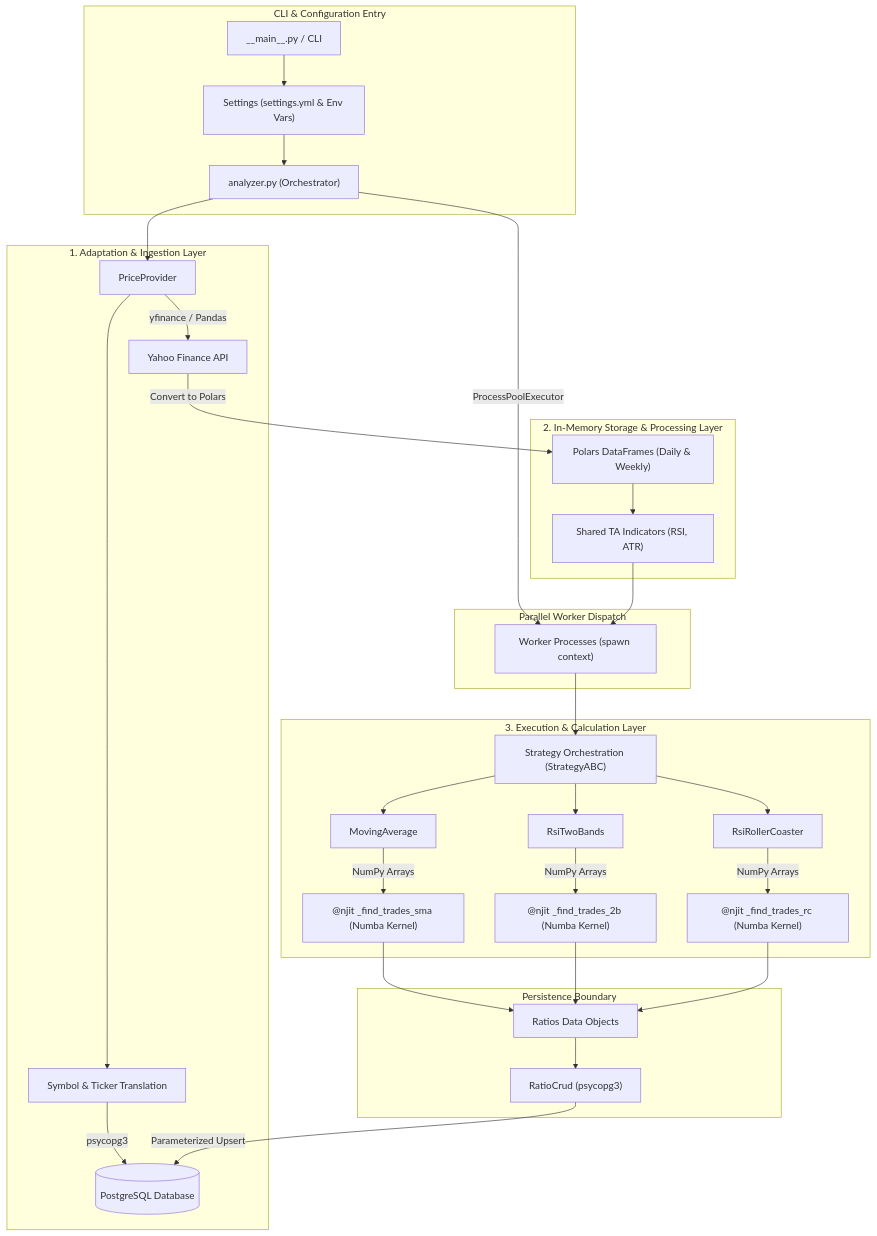
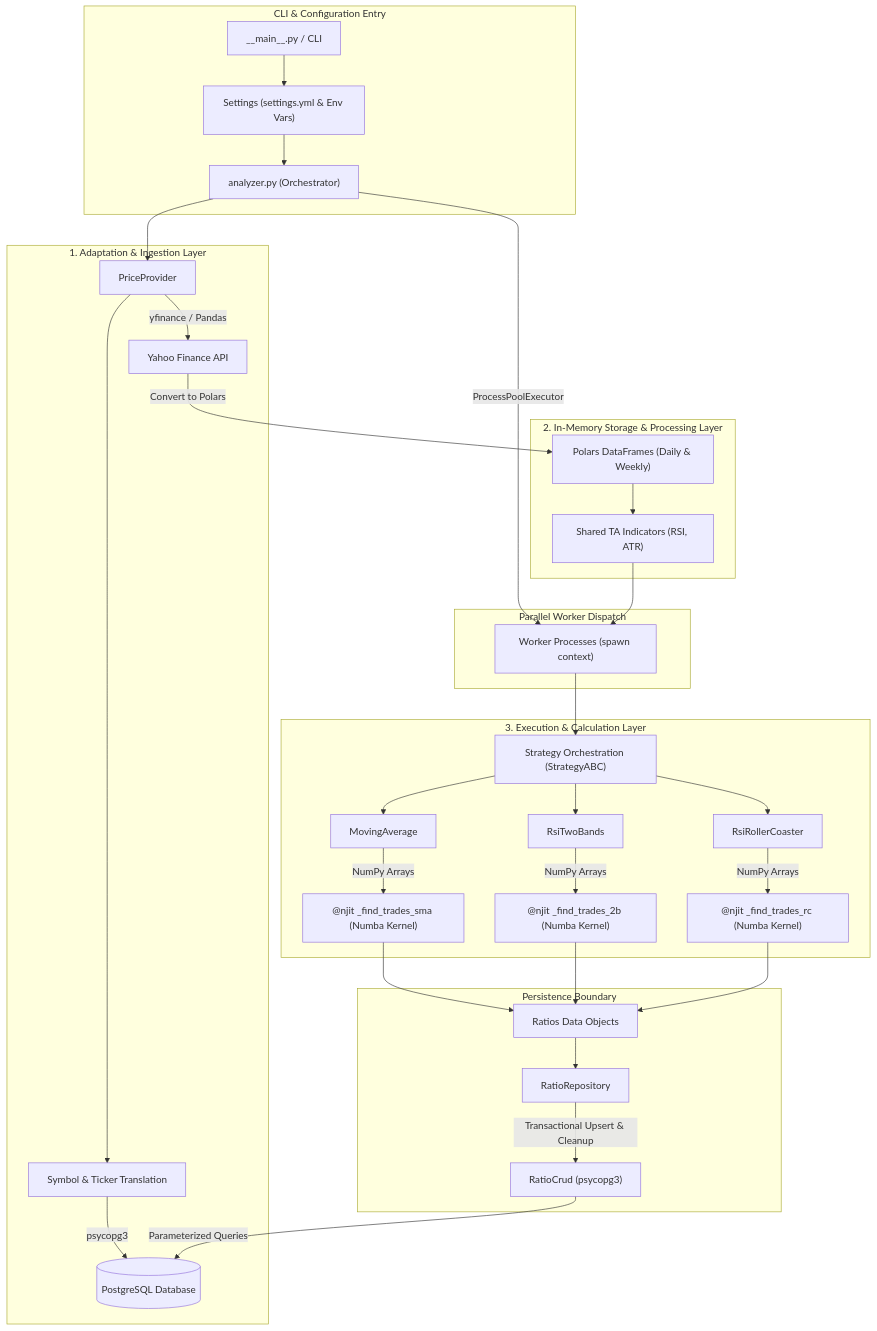
One commit to NestorDR/radar-core changed the diagram in README.md. Above: the diagram before and after it, drawn with Mermaid. The commit also changed other lines of this file and 1 other file, not shown here.

Commit message:
Update README: refine architecture diagram, document `RatioRepository` transactional logic, and add `cleanup.cmd` details.

````diff
--- a/README.md
+++ b/README.md
@@ -80,41 +80,42 @@
 ```mermaid
 flowchart TD
     subgraph CLI ["CLI & Configuration Entry"]
         Main["__main__.py / CLI"] --> Settings["Settings (settings.yml & Env Vars)"]
         Settings --> Analyzer["analyzer.py (Orchestrator)"]
     end
 
     subgraph DataIngestion ["1. Adaptation & Ingestion Layer"]
         Analyzer --> PriceProvider["PriceProvider"]
         PriceProvider --> SymbolMapping["Symbol & Ticker Translation"]
         SymbolMapping -->|psycopg3| DB[("PostgreSQL Database")]
         PriceProvider -->|yfinance / Pandas| YFinance["Yahoo Finance API"]
     end
 
     subgraph Storage ["2. In-Memory Storage & Processing Layer"]
         YFinance -->|Convert to Polars| PolarsData["Polars DataFrames (Daily & Weekly)"]
         PolarsData --> TechnicalIndicators["Shared TA Indicators (RSI, ATR)"]
     end
 
     subgraph Concurrency ["Parallel Worker Dispatch"]
         Analyzer -->|ProcessPoolExecutor| ParallelWorkers["Worker Processes (spawn context)"]
         TechnicalIndicators --> ParallelWorkers
     end
 
     subgraph Execution ["3. Execution & Calculation Layer"]
         ParallelWorkers --> StrategyOrch["Strategy Orchestration (StrategyABC)"]
         StrategyOrch --> MA["MovingAverage"]
         StrategyOrch --> RSI2B["RsiTwoBands"]
         StrategyOrch --> RSIRC["RsiRollerCoaster"]
 
         MA -->|NumPy Arrays| NumbaMA["@njit _find_trades_sma (Numba Kernel)"]
         RSI2B -->|NumPy Arrays| Numba2B["@njit _find_trades_2b (Numba Kernel)"]
         RSIRC -->|NumPy Arrays| NumbaRC["@njit _find_trades_rc (Numba Kernel)"]
     end
 
     subgraph Persistence ["Persistence Boundary"]
         NumbaMA & Numba2B & NumbaRC --> RatiosOutput["Ratios Data Objects"]
-        RatiosOutput --> RatioCrud["RatioCrud (psycopg3)"]
-        RatioCrud -->|Parameterized Upsert| DB
+        RatiosOutput --> RatioRepo["RatioRepository"]
+        RatioRepo -->|Transactional Upsert & Cleanup| RatioCrud["RatioCrud (psycopg3)"]
+        RatioCrud -->|Parameterized Queries| DB
     end
 ```
````
